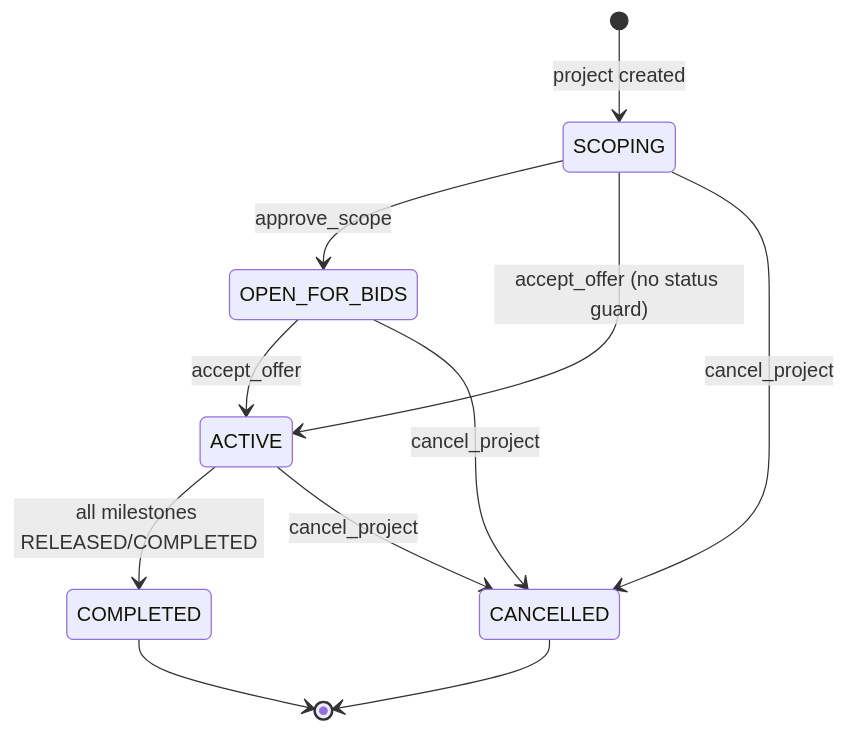
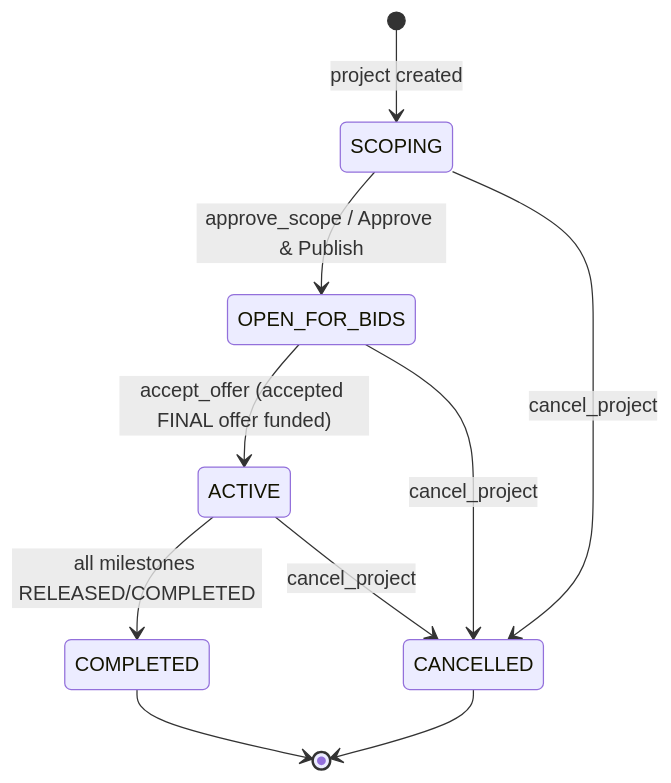
One commit to alex-deev/idea-launch changed the first of 2 diagrams in docs/spec/07-socket-io-event-flow.md. Above: the diagram before and after it, drawn with Mermaid. The commit also changed other lines of this file and 32 other files, not shown here.

First line of the commit message:
Implement multi-offer workflow, app-kind scoping, and demo review revisions

````diff
--- a/docs/spec/07-socket-io-event-flow.md
+++ b/docs/spec/07-socket-io-event-flow.md
@@ -23,13 +34,12 @@
 ```mermaid
 stateDiagram-v2
     [*] --> SCOPING: project created
-    SCOPING --> OPEN_FOR_BIDS: approve_scope
-    SCOPING --> ACTIVE: accept_offer (no status guard)
-    OPEN_FOR_BIDS --> ACTIVE: accept_offer
+    SCOPING --> OPEN_FOR_BIDS: approve_scope / Approve & Publish
+    OPEN_FOR_BIDS --> ACTIVE: accept_offer (accepted FINAL offer funded)
     ACTIVE --> COMPLETED: all milestones RELEASED/COMPLETED
     SCOPING --> CANCELLED: cancel_project
     OPEN_FOR_BIDS --> CANCELLED: cancel_project
     ACTIVE --> CANCELLED: cancel_project
     COMPLETED --> [*]
     CANCELLED --> [*]
 ```
````
